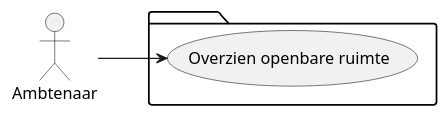
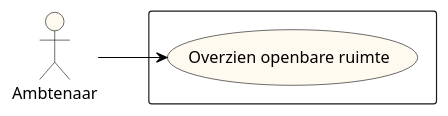
One commit to Staijn1/DMP changed the diagram in Models/usecase.puml. Above: the diagram before and after it, drawn with PlantUML. The commit also changed 2 other files, not shown here.

```diff
--- a/Models/usecase.puml
+++ b/Models/usecase.puml
@@ -1,11 +1,24 @@
 @startuml
 left to right direction
 
+skinparam usecase {
+  BackgroundColor FloralWhite
+  BorderColor Black
+  ArrowColor Black
+}
+
+
+skinparam actor {
+  BackgroundColor FloralWhite
+  BorderColor Black
+  ArrowColor Black
+}
+
 actor Ambtenaar as a
 
-package  {
+rectangle  {
   usecase "Overzien openbare ruimte" as UC1
 }
 
 a --> UC1
 @enduml
```
